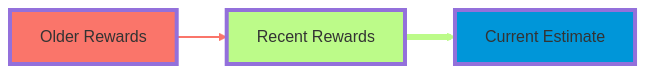
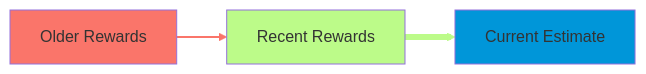
Before and after one commit to Chaklader/DPRL-Value-based-methods: the fourth of 7 diagrams in C_RL_1.md, drawn with Mermaid. The commit also changed other lines of this file, not shown here.

````diff
--- a/C_RL_1.md
+++ b/C_RL_1.md
@@ -402,16 +402,15 @@
 ```mermaid
 graph LR
     A[Older Rewards] --> B[Recent Rewards] --> C[Current Estimate]
 
     style A fill:#FA756A
     style B fill:#BCFB89
     style C fill:#0096D9
 
-    classDef weight stroke-width:4px
     class A weight
     class B weight
     class C weight
 
     linkStyle 0 stroke-width:2px,stroke:#FA756A
     linkStyle 1 stroke-width:6px,stroke:#BCFB89
 ```
````
